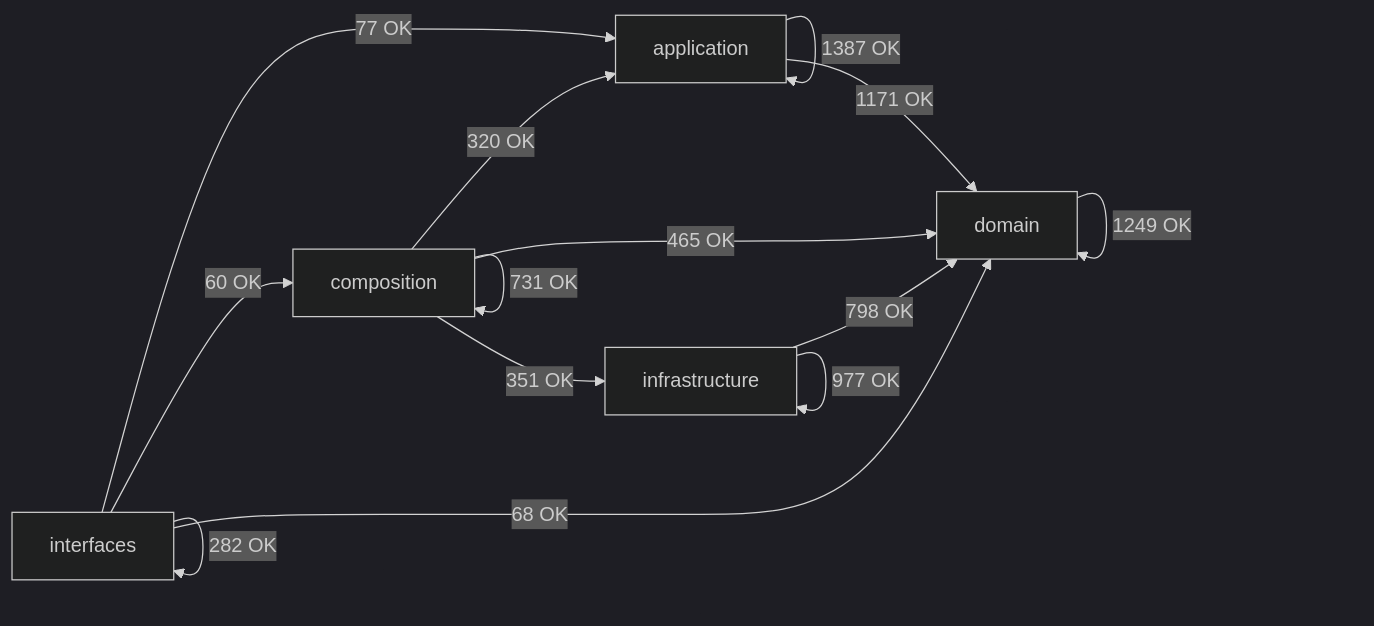
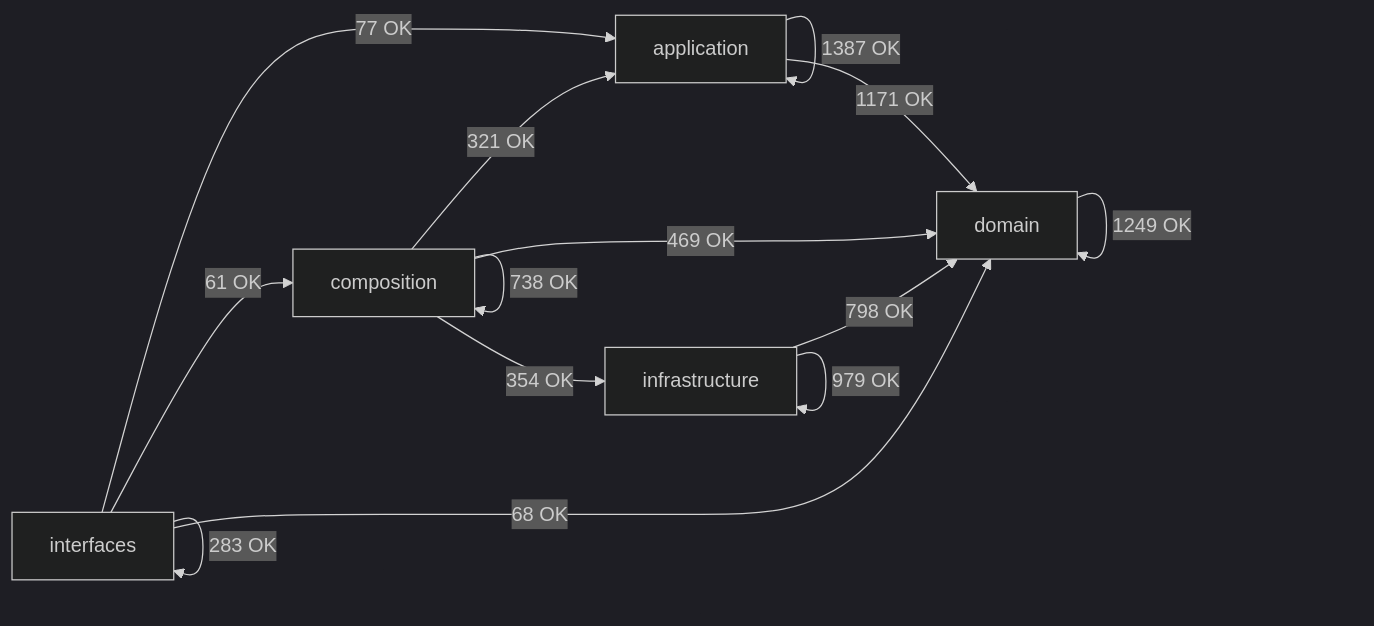
The diagram in docs/02-architecture/generated/module-dependency-map.md (SatoryKono/BioactivityDataAcquisition), drawn with Mermaid (dark theme) before and after one commit. The commit also changed other lines of this file and 100 other files, not shown here.

````diff
--- a/docs/02-architecture/generated/module-dependency-map.md
+++ b/docs/02-architecture/generated/module-dependency-map.md
@@ -17,21 +17,21 @@
 ```mermaid
 flowchart LR
     domain[domain]
     application[application]
     infrastructure[infrastructure]
     composition[composition]
     interfaces[interfaces]
     application -->|1387 OK| application
     application -->|1171 OK| domain
-    composition -->|320 OK| application
-    composition -->|731 OK| composition
-    composition -->|465 OK| domain
-    composition -->|351 OK| infrastructure
+    composition -->|321 OK| application
+    composition -->|738 OK| composition
+    composition -->|469 OK| domain
+    composition -->|354 OK| infrastructure
     domain -->|1249 OK| domain
     infrastructure -->|798 OK| domain
-    infrastructure -->|977 OK| infrastructure
+    infrastructure -->|979 OK| infrastructure
     interfaces -->|77 OK| application
-    interfaces -->|60 OK| composition
+    interfaces -->|61 OK| composition
     interfaces -->|68 OK| domain
-    interfaces -->|282 OK| interfaces
+    interfaces -->|283 OK| interfaces
 ```
````
